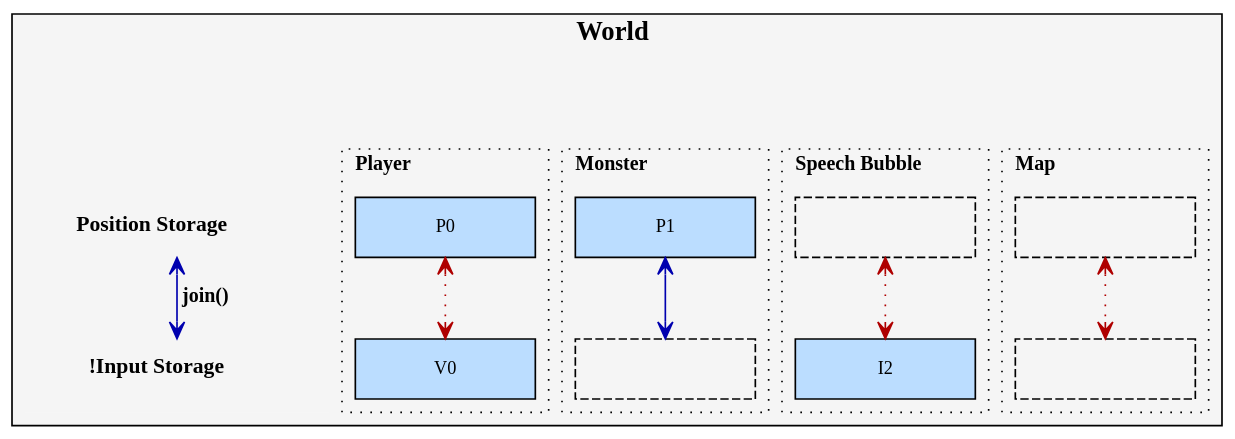
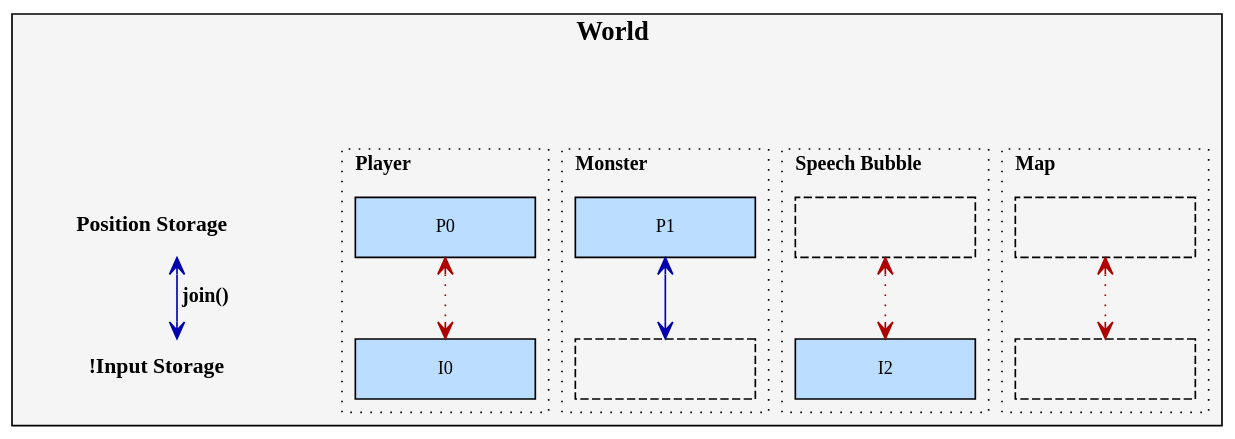
The diagram in assets/dot/join_storage_exclude.dot (azriel91/ecs_paradigm), drawn with Graphviz before and after one commit. The commit also changed 2 other files, not shown here.

```diff
--- a/assets/dot/join_storage_exclude.dot
+++ b/assets/dot/join_storage_exclude.dot
@@ -1,133 +1,133 @@
 digraph World {
     bgcolor = "transparent";
 
     subgraph cluster_Entities {
         bgcolor = "#f5f5f5";
         fontname = "consolas";
         fontsize = 16;
         label = <<b>World<br /></b>>;
         labelloc = top;
 
         node [
             fillcolor = "#bbddff",
             fontname = "consolas",
             fontsize = 11,
             shape = box,
             style = filled,
             width = 1.5,
         ];
 
         edge [
             style = invis,
         ];
 
         subgraph {
 
             edge [
                 dir = "both",
                 style = "solid",
                 color = "#0000af",
                 fontname = "consolas",
                 fontsize = 12,
                 arrowhead = "vee",
                 arrowtail = "vee",
             ];
 
             subgraph cluster_Storages {
                 pencolor = transparent;
 
                 label = "";
 
                 node [
                     style = "setlinewidth(0)",
                     width = 2.3,
                     fontsize = 13,
                 ];
 
                 edge [
                     dir = "both",
                     style = "solid",
                     fontname = "consolas",
                     fontsize = 12,
                     arrowhead = "vee",
                     arrowtail = "vee",
                 ];
 
                 storage_position [label = <<b>Position Storage</b>>];
                 storage_input [label = <<b>!Input Storage</b>>];
 
                 storage_position -> storage_input [label = <<b>  join()</b>>];
             };
 
             subgraph cluster_Player {
                 fontname = "consolas";
                 fontsize = 12;
                 label = <<b>Player<br /></b>>;
                 labelloc = top;
                 labeljust = l;
                 style = dotted;
 
                 edge [color = "#af0000", style = "dotted"];
 
                 player_position [label = "P0"];
-                player_input [label = "V0"];
+                player_input [label = "I0"];
 
                 player_position -> player_input;
             };
 
             subgraph cluster_Monster {
                 fontname = "consolas";
                 fontsize = 12;
                 label = <<b>Monster<br /></b>>;
                 labelloc = top;
                 labeljust = l;
                 style = dotted;
 
                 monster_position [label = "P1"];
                 monster_input [label = "", style = dashed];
 
                 monster_position -> monster_input;
             };
 
             subgraph cluster_SpeechBubble {
                 fontname = "consolas";
                 fontsize = 12;
                 label = <<b>Speech Bubble<br /></b>>;
                 labelloc = top;
                 labeljust = l;
                 style = dotted;
 
                 edge [color = "#af0000", style = "dotted"];
 
                 speech_bubble_position [label = "", style = dashed];
                 speech_bubble_input [label = "I2"];
 
                 speech_bubble_position -> speech_bubble_input;
             };
 
             subgraph cluster_Map {
                 fontname = "consolas";
                 fontsize = 12;
                 label = <<b>Map<br /></b>>;
                 labelloc = top;
                 labeljust = l;
                 style = dotted;
 
                 edge [color = "#af0000", style = "dotted"];
 
                 map_position [label = "", style = dashed];
                 map_input [label = "", style = dashed];
 
                 map_position -> map_input;
             };
 
         }
 
         top [style = invis, width = 0, height = 0];
         top -> storage_position;
         top -> player_position;
         top -> monster_position;
         top -> speech_bubble_position;
         top -> map_position;
     }
 }
```
